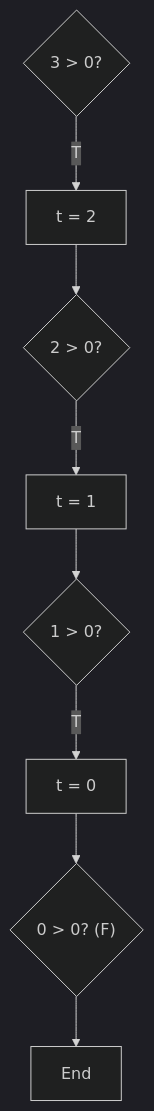
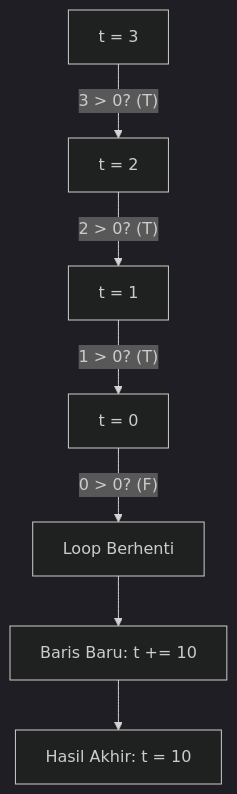
Before and after one commit to amnahwaida/OSNK_INF_PREP: the fourth of 9 diagrams in part-c-pemahaman-cpp/03-perulangan/latihan/set-01.md, drawn with Mermaid (dark theme). The commit also changed other lines of this file and 30 other files, not shown here.

Commit message:
✨ Premium Overhaul: Modul 05 (Rekursi) & 06 (Bitwise) - 100 soal baru dengan Mermaid Call Stack & Bit-Grid diagrams

````diff
--- a/part-c-pemahaman-cpp/03-perulangan/latihan/set-01.md
+++ b/part-c-pemahaman-cpp/03-perulangan/latihan/set-01.md
@@ -132,7 +150,9 @@
 ```mermaid
 graph TD
-A{"3 > 0?"} -- T --> B["t = 2"]
-B --> C{"2 > 0?"} -- T --> D["t = 1"]
-D --> E{"1 > 0?"} -- T --> F["t = 0"]
-F --> G{"0 > 0? (F)"} --> End
+A["t = 3"] -- "3 > 0? (T)" --> B["t = 2"]
+B -- "2 > 0? (T)" --> C["t = 1"]
+C -- "1 > 0? (T)" --> D["t = 0"]
+D -- "0 > 0? (F)" --> E["Loop Berhenti"]
+E --> F["Baris Baru: t += 10"]
+F --> G["Hasil Akhir: t = 10"]
 ```
````
